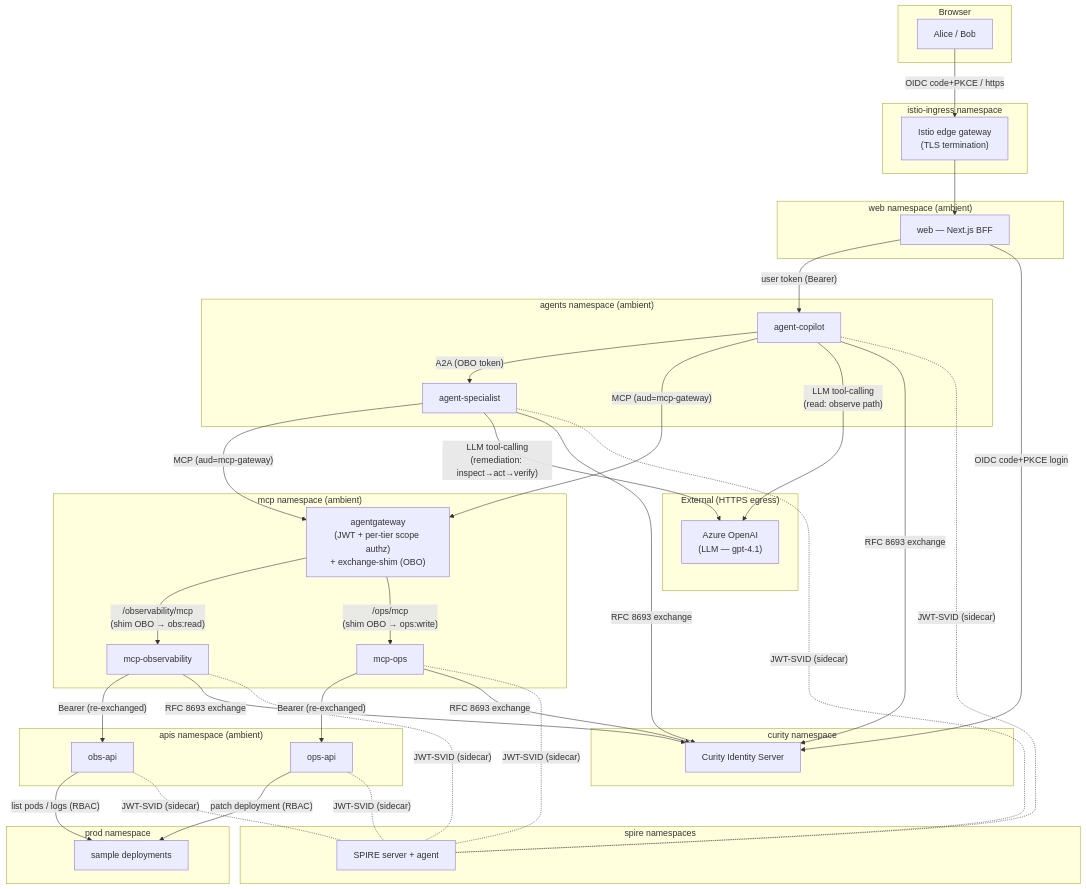
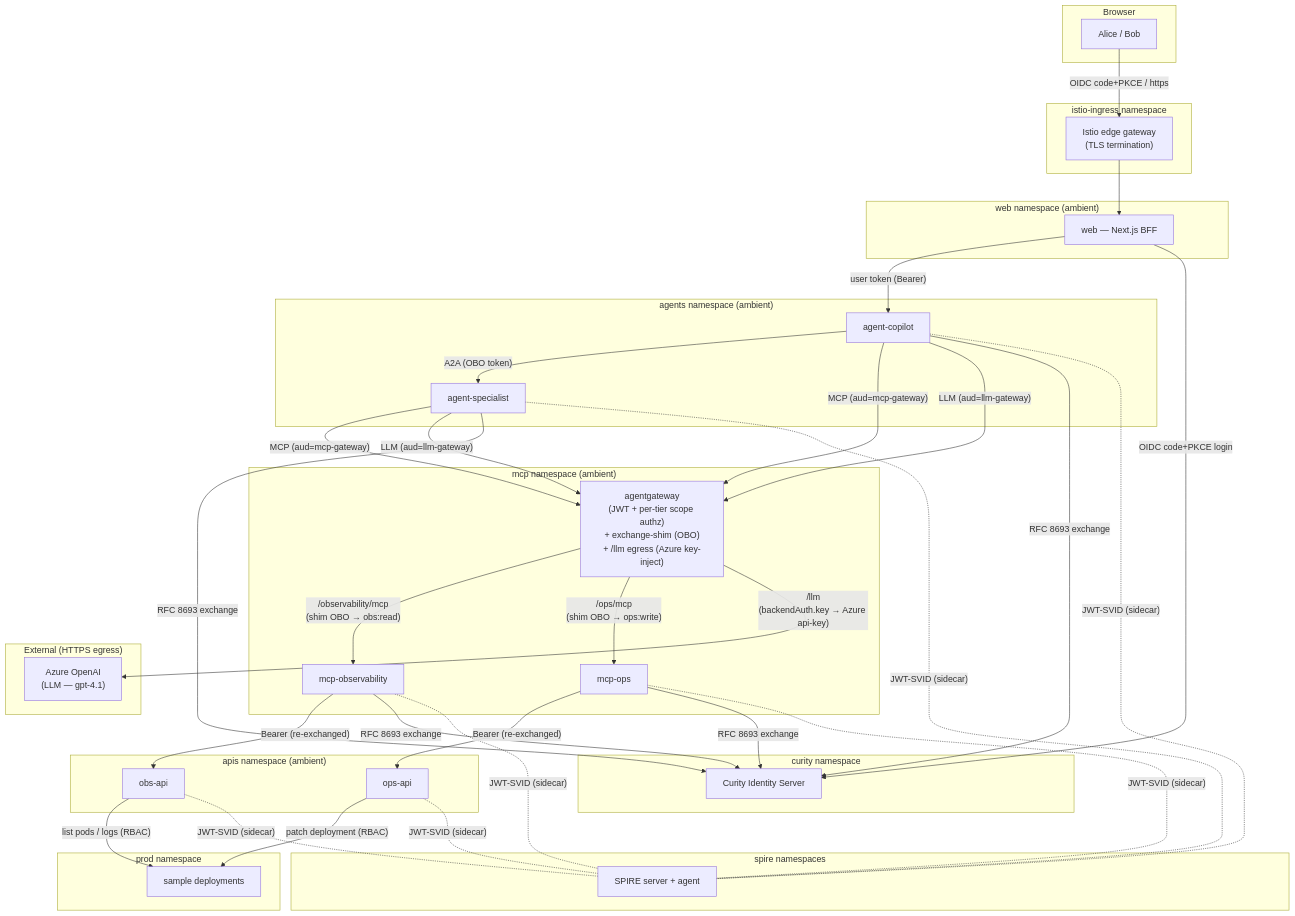
Before and after one commit to curityio/ai-agents-auth-demo: the first of 4 diagrams in docs/architecture.md, drawn with Mermaid. The commit also changed other lines of this file and 3 other files, not shown here.

Commit message:
docs: governed LLM egress via agentgateway across the canonical docs

````diff
--- a/docs/architecture.md
+++ b/docs/architecture.md
@@ -66,64 +66,65 @@
 ```mermaid
 flowchart TB
   subgraph browser["Browser"]
     U["Alice / Bob"]
   end
 
   subgraph ingress_ns["istio-ingress namespace"]
     GW["Istio edge gateway<br/>(TLS termination)"]
   end
 
   subgraph web_ns["web namespace (ambient)"]
     W["web — Next.js BFF"]
   end
 
   subgraph agents_ns["agents namespace (ambient)"]
     A1["agent-copilot"]
     A2["agent-specialist"]
   end
 
   subgraph mcp_ns["mcp namespace (ambient)"]
-    GWY["agentgateway<br/>(JWT + per-tier scope authz)<br/>+ exchange-shim (OBO)"]
+    GWY["agentgateway<br/>(JWT + per-tier scope authz)<br/>+ exchange-shim (OBO)<br/>+ /llm egress (Azure key-inject)"]
     M1["mcp-observability"]
     M2["mcp-ops"]
   end
 
   subgraph apis_ns["apis namespace (ambient)"]
     B1["obs-api"]
     B2["ops-api"]
   end
 
   subgraph prod_ns["prod namespace"]
     V["sample deployments"]
   end
 
   subgraph curity_ns["curity namespace"]
     C["Curity Identity Server"]
   end
 
   subgraph spire_ns["spire namespaces"]
     S["SPIRE server + agent"]
   end
 
   subgraph external["External (HTTPS egress)"]
     LLM["Azure OpenAI<br/>(LLM — gpt-4.1)"]
   end
 
   U -- "OIDC code+PKCE / https" --> GW
   GW --> W
   W -- "user token (Bearer)" --> A1
   A1 -- "A2A (OBO token)" --> A2
   A1 -- "MCP (aud=mcp-gateway)" --> GWY
   A2 -- "MCP (aud=mcp-gateway)" --> GWY
-  A1 -- "LLM tool-calling<br/>(read: observe path)" --> LLM
-  A2 -- "LLM tool-calling<br/>(remediation: inspect→act→verify)" --> LLM
+  A1 -- "LLM (aud=llm-gateway)" --> GWY
+  A2 -- "LLM (aud=llm-gateway)" --> GWY
   GWY -- "/observability/mcp<br/>(shim OBO → obs:read)" --> M1
   GWY -- "/ops/mcp<br/>(shim OBO → ops:write)" --> M2
+  GWY -- "/llm<br/>(backendAuth.key → Azure api-key)" --> LLM
   M1 -- "Bearer (re-exchanged)" --> B1
   M2 -- "Bearer (re-exchanged)" --> B2
   B1 -- "list pods / logs (RBAC)" --> V
   B2 -- "patch deployment (RBAC)" --> V
   W -- "OIDC code+PKCE login" --> C
   A1 & A2 & M1 & M2 -- "RFC 8693 exchange" --> C
   B1 & B2 & A1 & A2 & M1 & M2 -. "JWT-SVID (sidecar)" .- S
 ```
````
